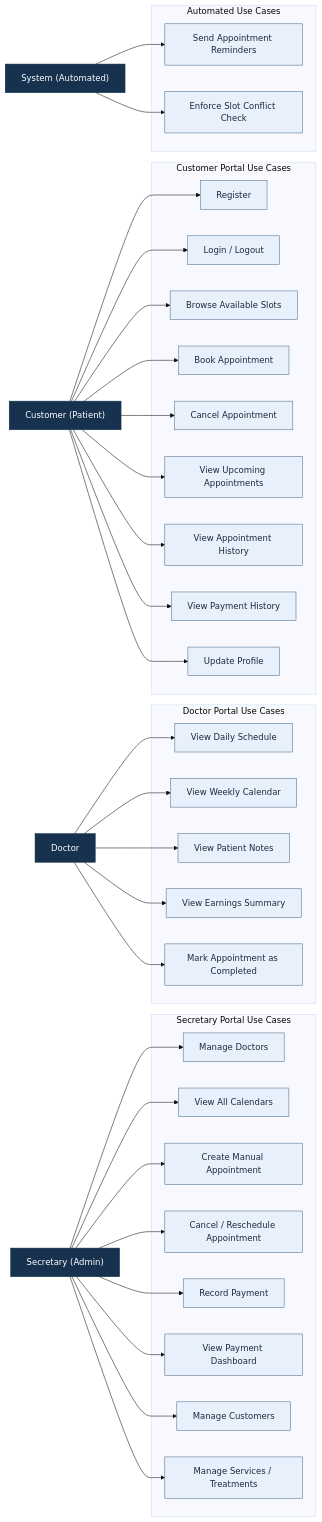
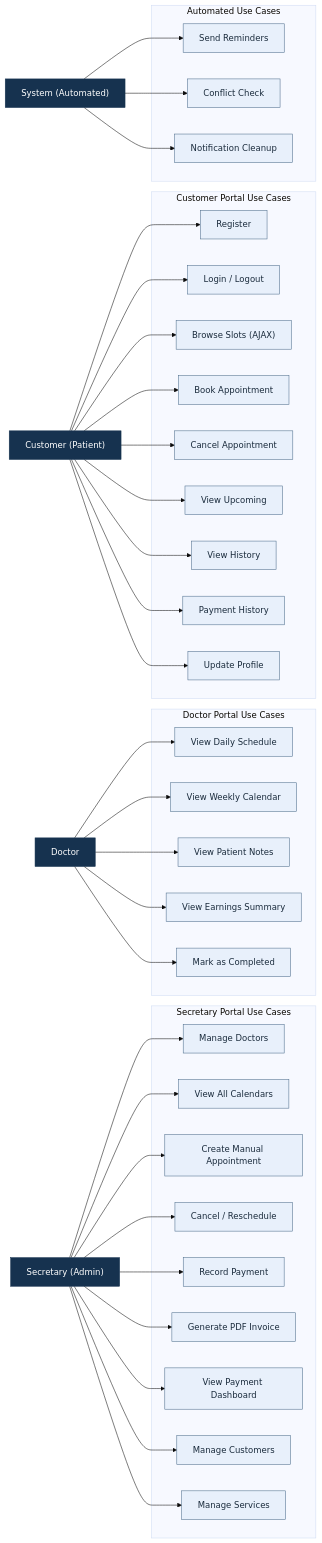
Before and after one commit to 1sevvalyesilyurt/dentacare: the first of 10 diagrams in Dental_Rapor.md, drawn with Mermaid (base theme). The commit also changed other lines of this file and 1 other file, not shown here.

````diff
--- a/Dental_Rapor.md
+++ b/Dental_Rapor.md
@@ -120,11 +127,12 @@
         UC_S02["Manage Doctors"]
         UC_S03["View All Calendars"]
         UC_S04["Create Manual Appointment"]
-        UC_S05["Cancel / Reschedule Appointment"]
+        UC_S05["Cancel / Reschedule"]
         UC_S06["Record Payment"]
+        UC_S07["Generate PDF Invoice"]
         UC_S08["View Payment Dashboard"]
         UC_S09["Manage Customers"]
-        UC_S10["Manage Services / Treatments"]
+        UC_S10["Manage Services"]
     end
 
     subgraph DOC["Doctor Portal Use Cases"]
@@ -132,24 +140,25 @@
         UC_D03["View Weekly Calendar"]
         UC_D04["View Patient Notes"]
         UC_D05["View Earnings Summary"]
-        UC_D06["Mark Appointment as Completed"]
+        UC_D06["Mark as Completed"]
     end
 
     subgraph CUS["Customer Portal Use Cases"]
         UC_C01["Register"]
         UC_C02["Login / Logout"]
-        UC_C03["Browse Available Slots"]
+        UC_C03["Browse Slots (AJAX)"]
         UC_C04["Book Appointment"]
         UC_C05["Cancel Appointment"]
-        UC_C06["View Upcoming Appointments"]
-        UC_C07["View Appointment History"]
-        UC_C08["View Payment History"]
+        UC_C06["View Upcoming"]
+        UC_C07["View History"]
+        UC_C08["Payment History"]
         UC_C09["Update Profile"]
     end
 
     subgraph SYS["Automated Use Cases"]
-        UC_SYS01["Send Appointment Reminders"]
-        UC_SYS02["Enforce Slot Conflict Check"]
+        UC_SYS01["Send Reminders"]
+        UC_SYS02["Conflict Check"]
+        UC_SYS03["Notification Cleanup"]
     end
 
     Secretary --> UC_S02
@@ -157,6 +166,7 @@
     Secretary --> UC_S04
     Secretary --> UC_S05
     Secretary --> UC_S06
+    Secretary --> UC_S07
     Secretary --> UC_S08
     Secretary --> UC_S09
     Secretary --> UC_S10
@@ -179,9 +189,13 @@
 
     System --> UC_SYS01
     System --> UC_SYS02
+    System --> UC_SYS03
 
-    classDef actor fill:#16324f,color:#ffffff,stroke:#16324f,stroke-width:1px;
-    classDef usecase fill:#e8f0fb,color:#1a2b3c,stroke:#4b6b8a,stroke-width:1px;
+    classDef actor fill:#16324f,color:#ffffff,stroke:#16324f;
+    classDef usecase fill:#e8f0fb,color:#1a2b3c,stroke:#4b6b8a;
     class Secretary,Doctor,Customer,System actor;
-    class UC_S02,UC_S03,UC_S04,UC_S05,UC_S06,UC_S08,UC_S09,UC_S10,UC_D02,UC_D03,UC_D04,UC_D05,UC_D06,UC_C01,UC_C02,UC_C03,UC_C04,UC_C05,UC_C06,UC_C07,UC_C08,UC_C09,UC_SYS01,UC_SYS02 usecase;
+    class UC_S02,UC_S03,UC_S04,UC_S05,UC_S06,UC_S07,UC_S08,UC_S09,UC_S10 usecase;
+    class UC_D02,UC_D03,UC_D04,UC_D05,UC_D06 usecase;
+    class UC_C01,UC_C02,UC_C03,UC_C04,UC_C05,UC_C06,UC_C07,UC_C08,UC_C09 usecase;
+    class UC_SYS01,UC_SYS02,UC_SYS03 usecase;
 ```
````
